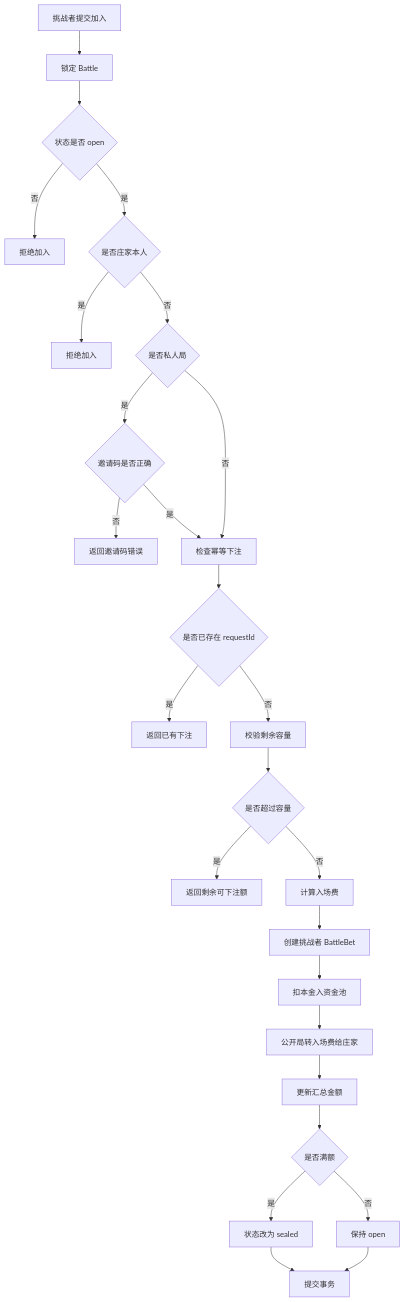
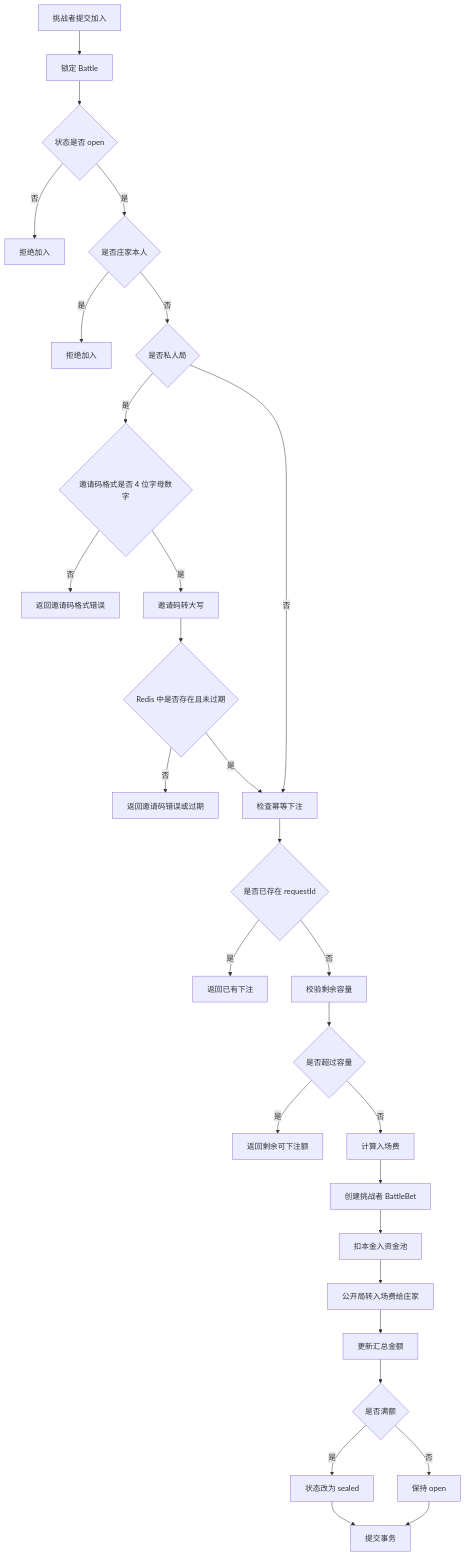
The second of 8 diagrams in prompt/project/开战广场/01-流程图.md (maoshuo1988/turtlepoll), drawn with Mermaid before and after one commit. The commit also changed other lines of this file and 12 other files, not shown here.

````diff
--- a/prompt/project/开战广场/01-流程图.md
+++ b/prompt/project/开战广场/01-流程图.md
@@ -23,28 +24,31 @@
 ```mermaid
 flowchart TD
   A["挑战者提交加入"] --> B["锁定 Battle"]
   B --> C{"状态是否 open"}
   C -- "否" --> D["拒绝加入"]
   C -- "是" --> E{"是否庄家本人"}
   E -- "是" --> F["拒绝加入"]
   E -- "否" --> G{"是否私人局"}
-  G -- "是" --> H{"邀请码是否正确"}
-  H -- "否" --> I["返回邀请码错误"]
-  H -- "是" --> J["检查幂等下注"]
+  G -- "是" --> H{"邀请码格式是否 4 位字母数字"}
+  H -- "否" --> I["返回邀请码格式错误"]
+  H -- "是" --> I1["邀请码转大写"]
+  I1 --> I2{"Redis 中是否存在且未过期"}
+  I2 -- "否" --> I3["返回邀请码错误或过期"]
+  I2 -- "是" --> J["检查幂等下注"]
   G -- "否" --> J
   J --> K{"是否已存在 requestId"}
   K -- "是" --> L["返回已有下注"]
   K -- "否" --> M["校验剩余容量"]
   M --> N{"是否超过容量"}
   N -- "是" --> O["返回剩余可下注额"]
   N -- "否" --> P["计算入场费"]
   P --> Q["创建挑战者 BattleBet"]
   Q --> R["扣本金入资金池"]
   R --> S["公开局转入场费给庄家"]
   S --> T["更新汇总金额"]
   T --> U{"是否满额"}
   U -- "是" --> V["状态改为 sealed"]
   U -- "否" --> W["保持 open"]
   V --> X["提交事务"]
   W --> X
 ```
````
